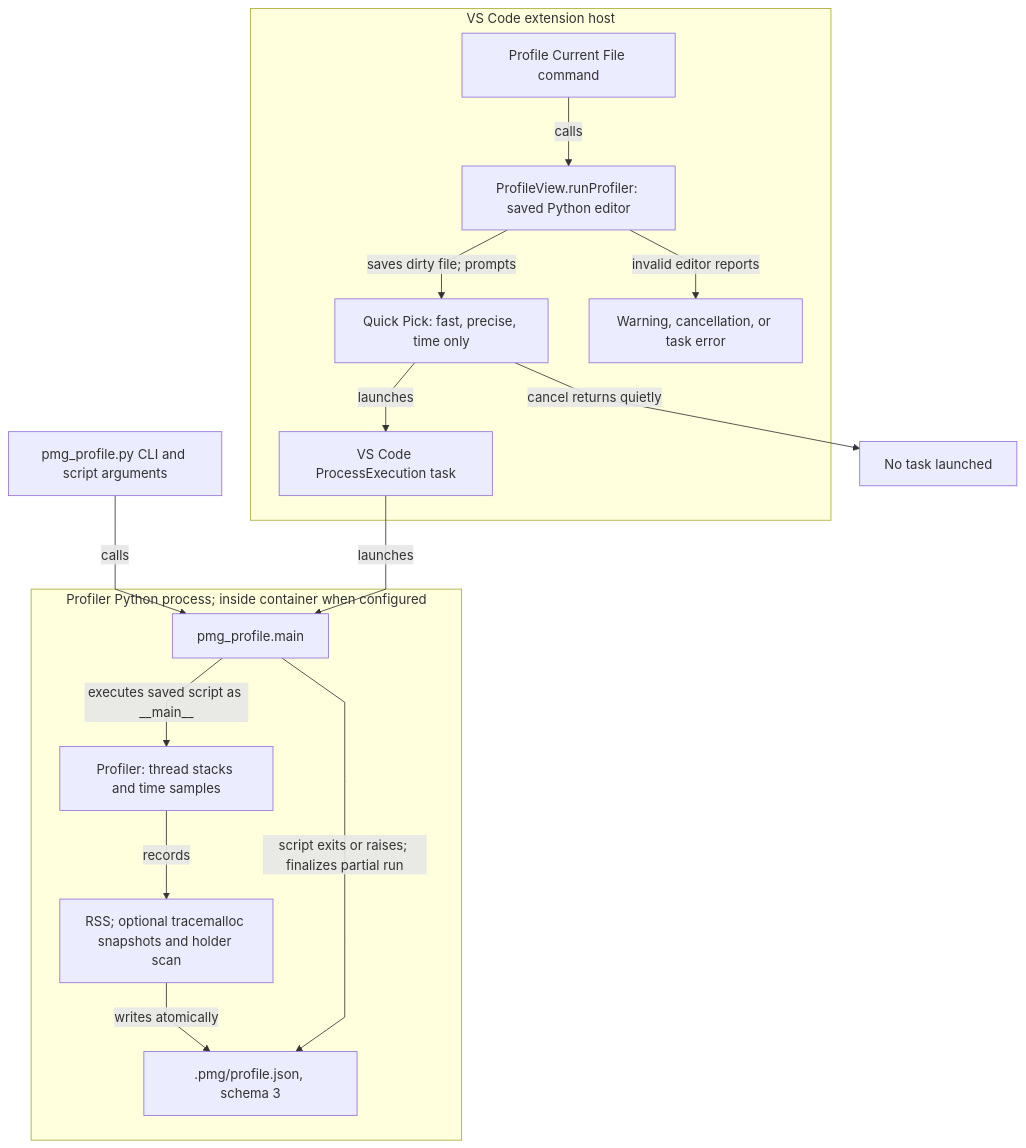
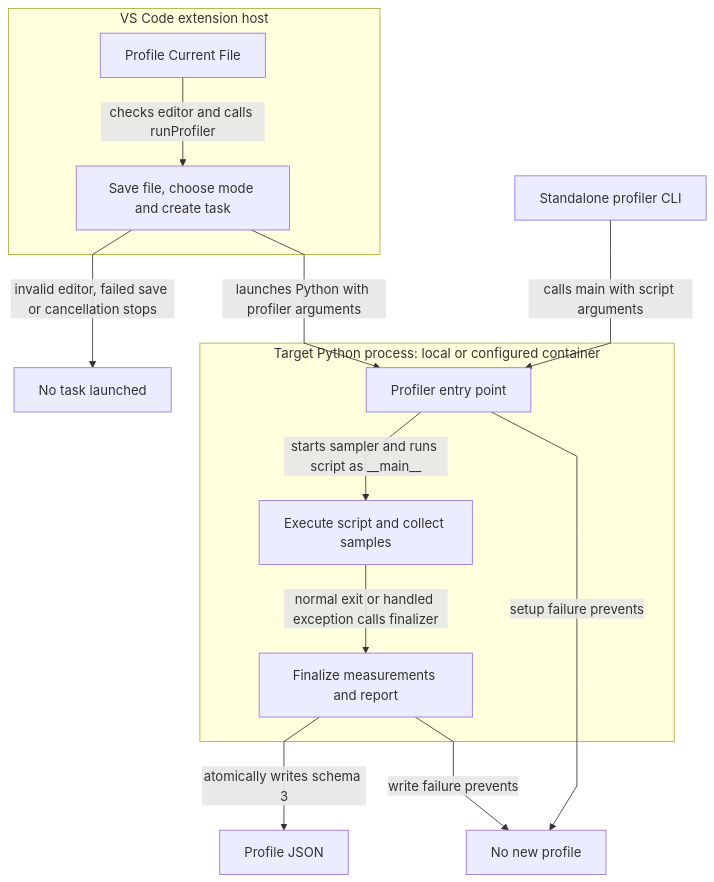
Before and after one commit to AashishTangnami/python-memory-guardian: the third of 11 diagrams in docs/feature-map.md, drawn with Mermaid. The commit also changed other lines of this file and 11 other files, not shown here.

````diff
--- a/docs/feature-map.md
+++ b/docs/feature-map.md
@@ -106,28 +125,24 @@
 ```mermaid
 %%{init: {"fontFamily":"Inter, ui-sans-serif, system-ui, sans-serif","flowchart":{"curve":"linear","nodeSpacing":50,"rankSpacing":60},"layout":"dagre"}}%%
 flowchart TD
-    Command["Profile Current File command"] -->|calls| Check["ProfileView.runProfiler: saved Python editor"]
-    CLI["pmg_profile.py CLI and script arguments"] -->|calls| Main["pmg_profile.main"]
     subgraph EXT["VS Code extension host"]
-      Command
-      Check
-      Choice["Quick Pick: fast, precise, time only"]
-      Task["VS Code ProcessExecution task"]
-      Warning["Warning, cancellation, or task error"]
+      Command["Profile Current File"]
+      Task["Save file, choose mode and create task"]
     end
-    subgraph PROC["Profiler Python process; inside container when configured"]
-      Main
-      Sample["Profiler: thread stacks and time samples"]
-      Memory["RSS; optional tracemalloc snapshots and holder scan"]
-      JSON[".pmg/profile.json, schema 3"]
+    CLI["Standalone profiler CLI"]
+    subgraph PROC["Target Python process: local or configured container"]
+      Main["Profiler entry point"]
+      Capture["Execute script and collect samples"]
+      Finish["Finalize measurements and report"]
     end
-    Check -->|invalid editor reports| Warning
-    Check -->|saves dirty file; prompts| Choice
-    Choice -->|cancel returns quietly| Cancel["No task launched"]
-    Choice -->|launches| Task
-    Task -->|launches| Main
-    Main -->|executes saved script as __main__| Sample
-    Sample -->|records| Memory
-    Memory -->|writes atomically| JSON
-    Main -->|script exits or raises; finalizes partial run| JSON
+    JSON["Profile JSON"]
+    Command -->|checks editor and calls runProfiler| Task
+    Task -->|invalid editor, failed save or cancellation stops| Cancel["No task launched"]
+    Task -->|launches Python with profiler arguments| Main
+    CLI -->|calls main with script arguments| Main
+    Main -->|starts sampler and runs script as __main__| Capture
+    Capture -->|normal exit or handled exception calls finalizer| Finish
+    Finish -->|atomically writes schema 3| JSON
+    Main -->|setup failure prevents| Missing["No new profile"]
+    Finish -->|write failure prevents| Missing
 ```
````
